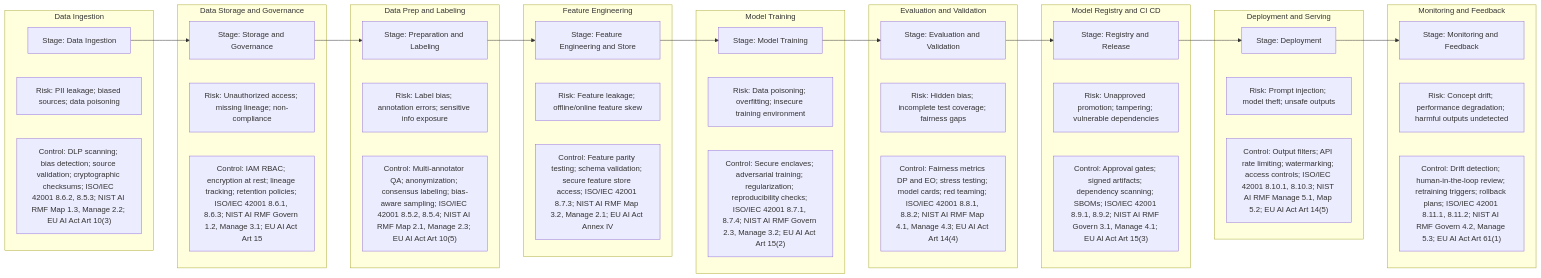
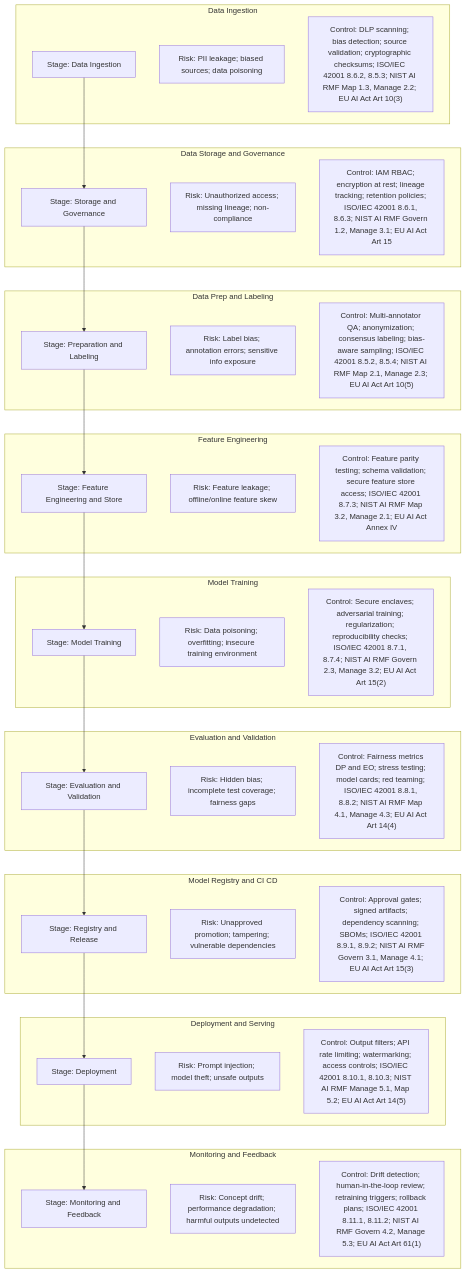
The diagram in 10_Concepts/just_mermaids/AI-pipeline2.md (RiskHunter-labs/grc-leadership-lab), drawn with Mermaid before and after one commit.

````diff
--- a/10_Concepts/just_mermaids/AI-pipeline2.md
+++ b/10_Concepts/just_mermaids/AI-pipeline2.md
@@ -1,58 +1,58 @@
 ```mermaid
-flowchart LR
+flowchart TD
   subgraph "Data Ingestion"
     DI["Stage: Data Ingestion"]
     R1["Risk: PII leakage; biased sources; data poisoning"]
     C1["Control: DLP scanning; bias detection; source validation; cryptographic checksums; ISO/IEC 42001 8.6.2, 8.5.3; NIST AI RMF Map 1.3, Manage 2.2; EU AI Act Art 10(3)"]
   end
 
   subgraph "Data Storage and Governance"
     DG["Stage: Storage and Governance"]
     R2["Risk: Unauthorized access; missing lineage; non-compliance"]
     C2["Control: IAM RBAC; encryption at rest; lineage tracking; retention policies; ISO/IEC 42001 8.6.1, 8.6.3; NIST AI RMF Govern 1.2, Manage 3.1; EU AI Act Art 15"]
   end
 
   subgraph "Data Prep and Labeling"
     DP["Stage: Preparation and Labeling"]
     R3["Risk: Label bias; annotation errors; sensitive info exposure"]
     C3["Control: Multi-annotator QA; anonymization; consensus labeling; bias-aware sampling; ISO/IEC 42001 8.5.2, 8.5.4; NIST AI RMF Map 2.1, Manage 2.3; EU AI Act Art 10(5)"]
   end
 
   subgraph "Feature Engineering"
     FE["Stage: Feature Engineering and Store"]
     R4["Risk: Feature leakage; offline/online feature skew"]
     C4["Control: Feature parity testing; schema validation; secure feature store access; ISO/IEC 42001 8.7.3; NIST AI RMF Map 3.2, Manage 2.1; EU AI Act Annex IV"]
   end
 
   subgraph "Model Training"
     MT["Stage: Model Training"]
     R5["Risk: Data poisoning; overfitting; insecure training environment"]
     C5["Control: Secure enclaves; adversarial training; regularization; reproducibility checks; ISO/IEC 42001 8.7.1, 8.7.4; NIST AI RMF Govern 2.3, Manage 3.2; EU AI Act Art 15(2)"]
   end
 
   subgraph "Evaluation and Validation"
     EV["Stage: Evaluation and Validation"]
     R6["Risk: Hidden bias; incomplete test coverage; fairness gaps"]
     C6["Control: Fairness metrics DP and EO; stress testing; model cards; red teaming; ISO/IEC 42001 8.8.1, 8.8.2; NIST AI RMF Map 4.1, Manage 4.3; EU AI Act Art 14(4)"]
   end
 
   subgraph "Model Registry and CI CD"
     MR["Stage: Registry and Release"]
     R7["Risk: Unapproved promotion; tampering; vulnerable dependencies"]
     C7["Control: Approval gates; signed artifacts; dependency scanning; SBOMs; ISO/IEC 42001 8.9.1, 8.9.2; NIST AI RMF Govern 3.1, Manage 4.1; EU AI Act Art 15(3)"]
   end
 
   subgraph "Deployment and Serving"
     DS["Stage: Deployment"]
     R8["Risk: Prompt injection; model theft; unsafe outputs"]
     C8["Control: Output filters; API rate limiting; watermarking; access controls; ISO/IEC 42001 8.10.1, 8.10.3; NIST AI RMF Manage 5.1, Map 5.2; EU AI Act Art 14(5)"]
   end
 
   subgraph "Monitoring and Feedback"
     MF["Stage: Monitoring and Feedback"]
     R9["Risk: Concept drift; performance degradation; harmful outputs undetected"]
     C9["Control: Drift detection; human-in-the-loop review; retraining triggers; rollback plans; ISO/IEC 42001 8.11.1, 8.11.2; NIST AI RMF Govern 4.2, Manage 5.3; EU AI Act Art 61(1)"]
   end
 
   DI --> DG --> DP --> FE --> MT --> EV --> MR --> DS --> MF
 ```
````
